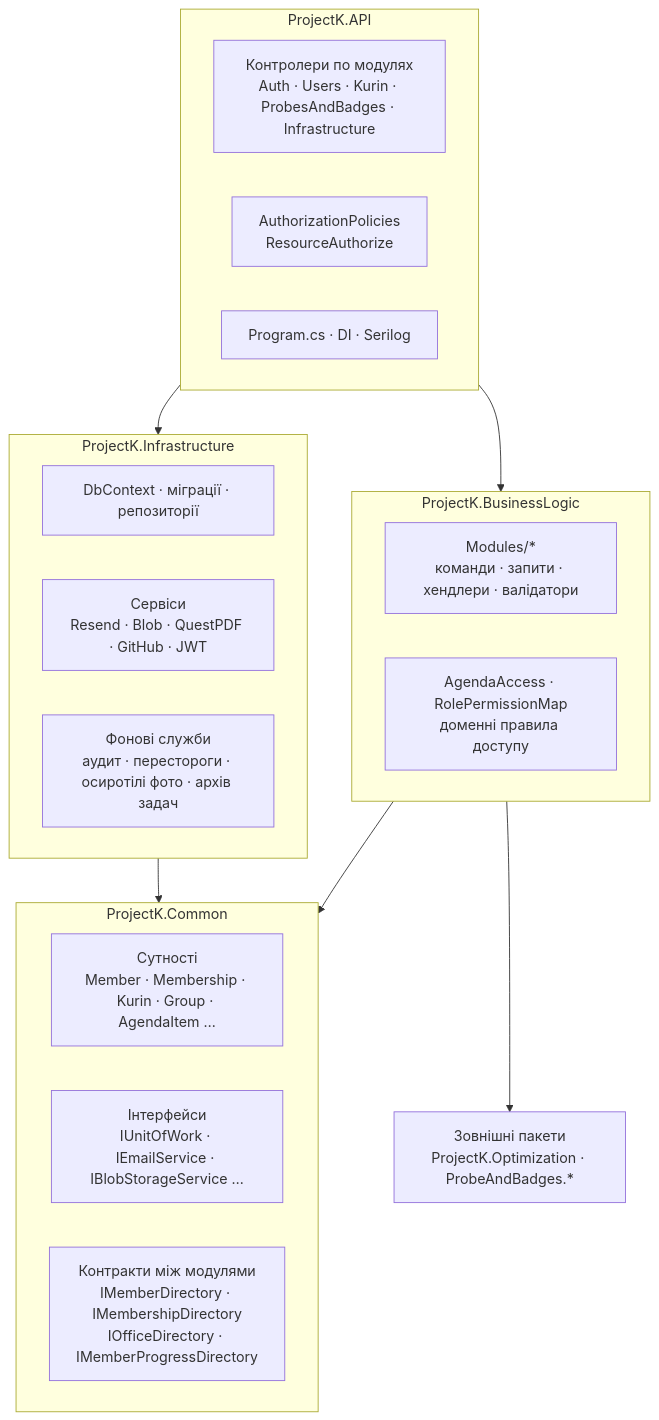
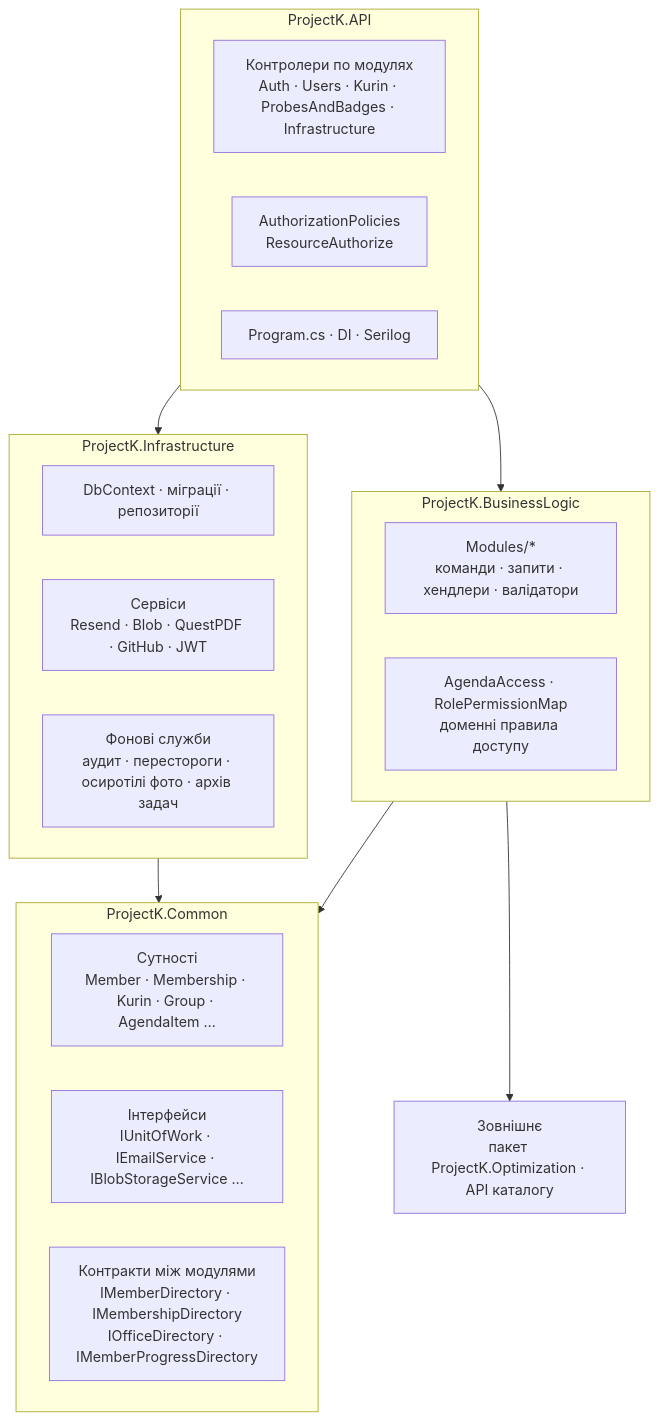
One commit to iamavasya/Project-K changed the third of 4 diagrams in docs/dev/core/architecture-diagrams.md. Above: the diagram before and after it, drawn with Mermaid. The commit also changed 466 other files, not shown here.

````diff
--- a/docs/dev/core/architecture-diagrams.md
+++ b/docs/dev/core/architecture-diagrams.md
@@ -95,37 +95,37 @@
 ```mermaid
 flowchart TB
     subgraph API["ProjectK.API"]
         direction LR
         CTRL["Контролери по модулях<br/>Auth · Users · Kurin · ProbesAndBadges · Infrastructure"]
         POL["AuthorizationPolicies<br/>ResourceAuthorize"]
         DI["Program.cs · DI · Serilog"]
     end
 
     subgraph BL["ProjectK.BusinessLogic"]
         direction LR
         MODS["Modules/*<br/>команди · запити · хендлери · валідатори"]
         ACCESS["AgendaAccess · RolePermissionMap<br/>доменні правила доступу"]
     end
 
     subgraph COMMON["ProjectK.Common"]
         direction LR
         ENT["Сутності<br/>Member · Membership · Kurin · Group · AgendaItem …"]
         IFACE["Інтерфейси<br/>IUnitOfWork · IEmailService · IBlobStorageService …"]
         CONTRACTS["Контракти між модулями<br/>IMemberDirectory · IMembershipDirectory<br/>IOfficeDirectory · IMemberProgressDirectory"]
     end
 
     subgraph INFRA["ProjectK.Infrastructure"]
         direction LR
         DBC["DbContext · міграції · репозиторії"]
         SVC["Сервіси<br/>Resend · Blob · QuestPDF · GitHub · JWT"]
         BG["Фонові служби<br/>аудит · перестороги · осиротілі фото · архів задач"]
     end
 
-    EXT["Зовнішні пакети<br/>ProjectK.Optimization · ProbeAndBadges.*"]
+    EXT["Зовнішнє<br/>пакет ProjectK.Optimization · API каталогу"]
 
     API --> BL
     API --> INFRA
     BL --> COMMON
     INFRA --> COMMON
     BL --> EXT
 ```
````
